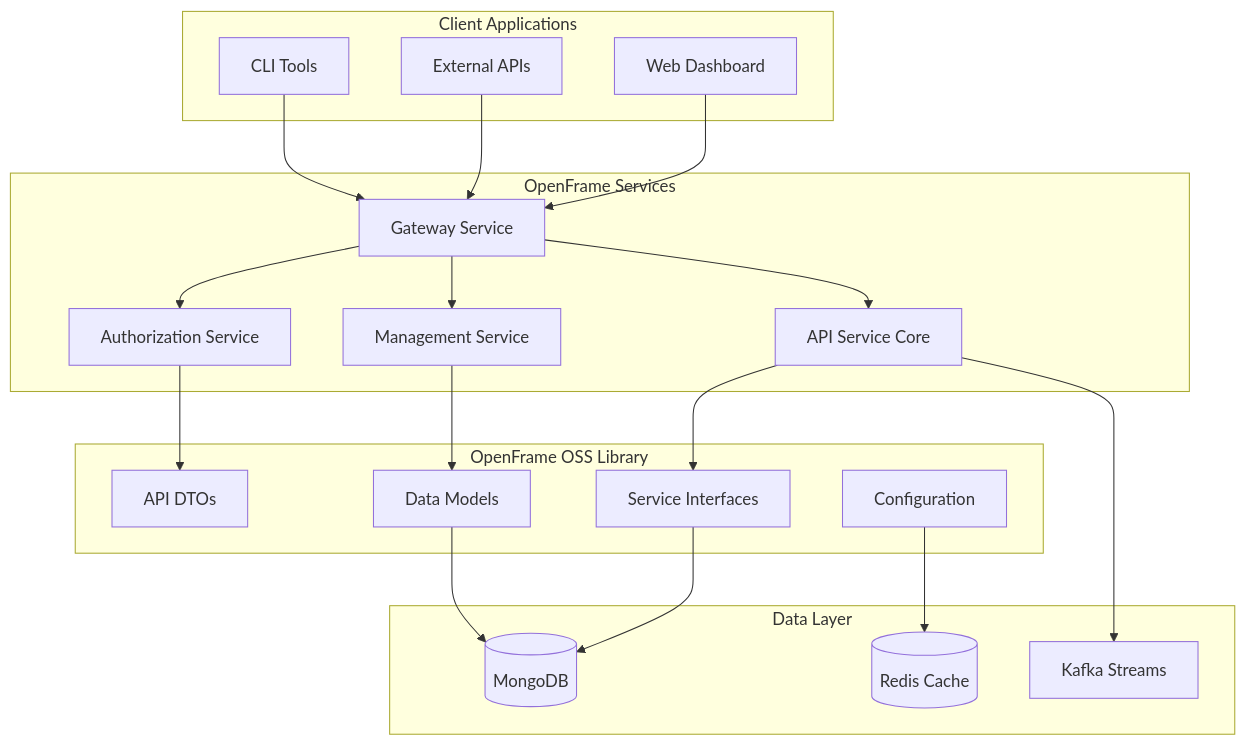
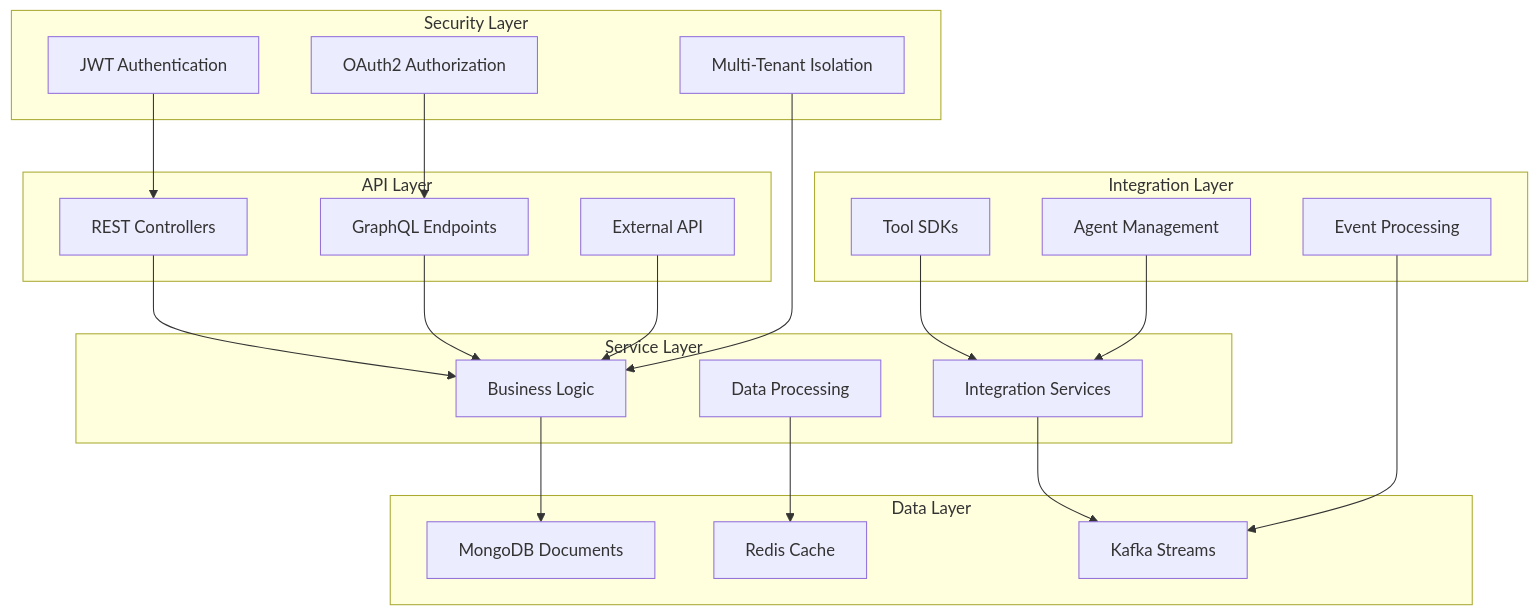
The diagram in docs/getting-started/introduction.md (flamingo-stack/openframe-oss-lib), drawn with Mermaid before and after one commit. The commit also changed other lines of this file and 12 other files, not shown here.

````diff
--- a/docs/getting-started/introduction.md
+++ b/docs/getting-started/introduction.md
@@ -45,46 +38,45 @@
 ```mermaid
-graph TB
-    subgraph "Client Applications"
-        WEB[Web Dashboard]
-        API[External APIs]
-        CLI[CLI Tools]
+flowchart TD
+    subgraph "API Layer"
+        A1["REST Controllers"]
+        A2["GraphQL Endpoints"]
+        A3["External API"]
     end
     
-    subgraph "OpenFrame Services"
-        GW[Gateway Service]
-        AUTH[Authorization Service]
-        CORE[API Service Core]
-        MGMT[Management Service]
-    end
-    
-    subgraph "OpenFrame OSS Library"
-        DTOS[API DTOs]
-        SERVICES[Service Interfaces]
-        MODELS[Data Models]
-        CONFIG[Configuration]
+    subgraph "Service Layer"
+        B1["Business Logic"]
+        B2["Data Processing"]
+        B3["Integration Services"]
     end
     
     subgraph "Data Layer"
-        MONGO[(MongoDB)]
-        REDIS[(Redis Cache)]
-        KAFKA[Kafka Streams]
+        C1["MongoDB Documents"]
+        C2["Redis Cache"]
+        C3["Kafka Streams"]
     end
     
-    WEB --> GW
-    API --> GW
-    CLI --> GW
+    subgraph "Security Layer"
+        D1["JWT Authentication"]
+        D2["OAuth2 Authorization"]
+        D3["Multi-Tenant Isolation"]
+    end
     
-    GW --> AUTH
-    GW --> CORE
-    GW --> MGMT
+    subgraph "Integration Layer"
+        E1["Tool SDKs"]
+        E2["Agent Management"]
+        E3["Event Processing"]
+    end
     
-    AUTH --> DTOS
-    CORE --> SERVICES
-    MGMT --> MODELS
-    
-    SERVICES --> MONGO
-    MODELS --> MONGO
-    CONFIG --> REDIS
-    
-    CORE --> KAFKA
+    A1 --> B1
+    A2 --> B1
+    A3 --> B1
+    B1 --> C1
+    B2 --> C2
+    B3 --> C3
+    D1 --> A1
+    D2 --> A2
+    D3 --> B1
+    E1 --> B3
+    E2 --> B3
+    E3 --> C3
 ```
````
